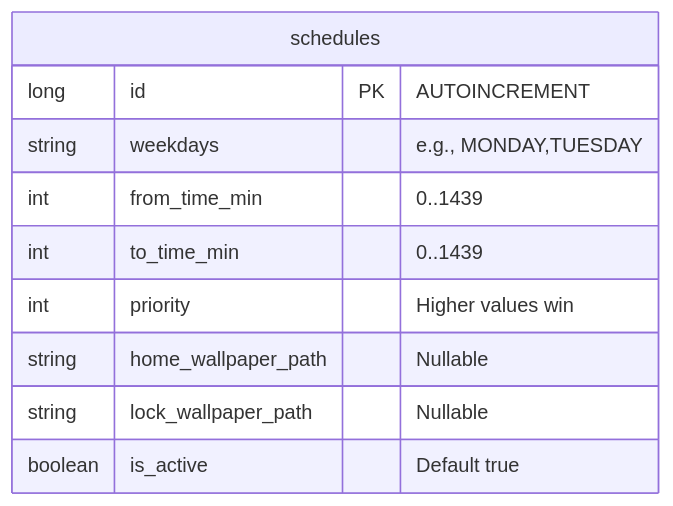
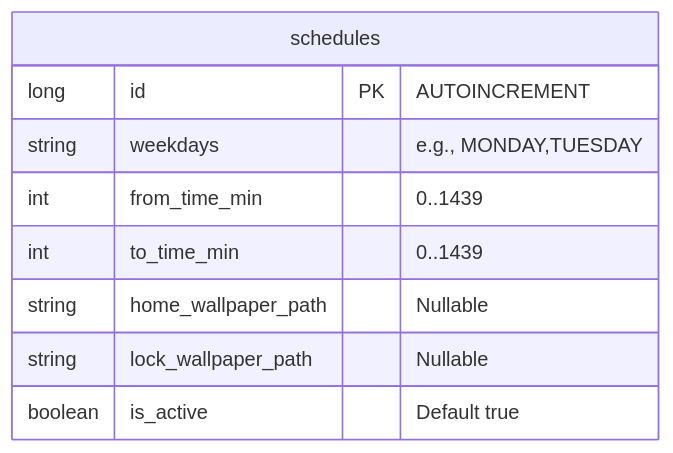
One commit to longnp91/wallpaper-scheduler changed the first of 3 diagrams in design/database-storage.md. Above: the diagram before and after it, drawn with Mermaid. The commit also changed other lines of this file and 4 other files, not shown here.

````diff
--- a/design/database-storage.md
+++ b/design/database-storage.md
@@ -32,13 +31,12 @@
 ```mermaid
 erDiagram
     schedules {
         long id PK "AUTOINCREMENT"
         string weekdays "e.g., MONDAY,TUESDAY"
         int from_time_min "0..1439"
         int to_time_min "0..1439"
-        int priority "Higher values win"
         string home_wallpaper_path "Nullable"
         string lock_wallpaper_path "Nullable"
         boolean is_active "Default true"
     }
 ```
````
